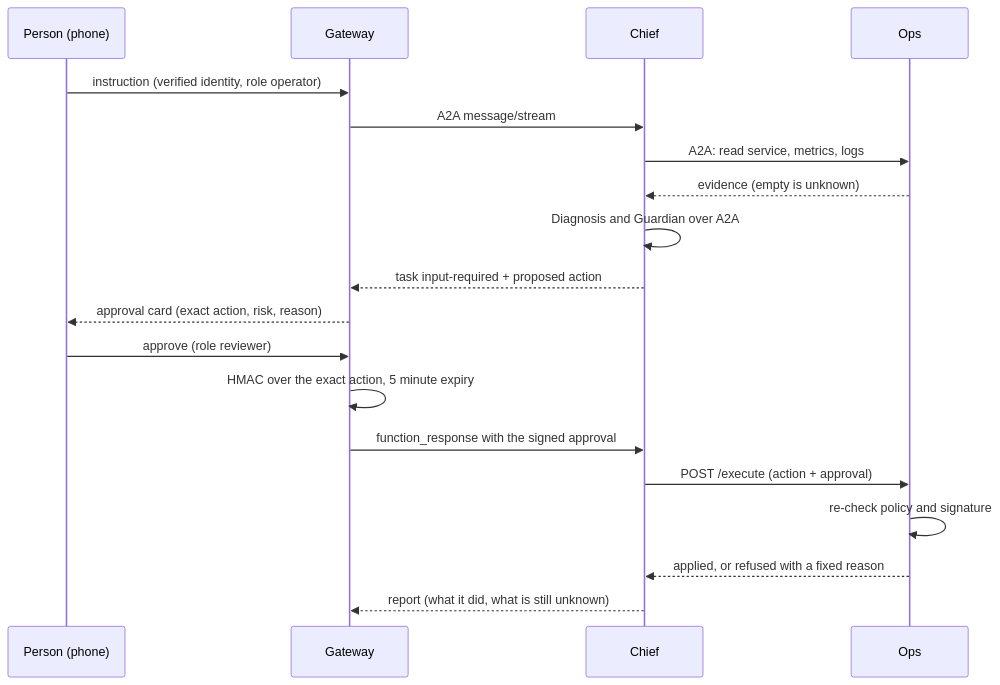
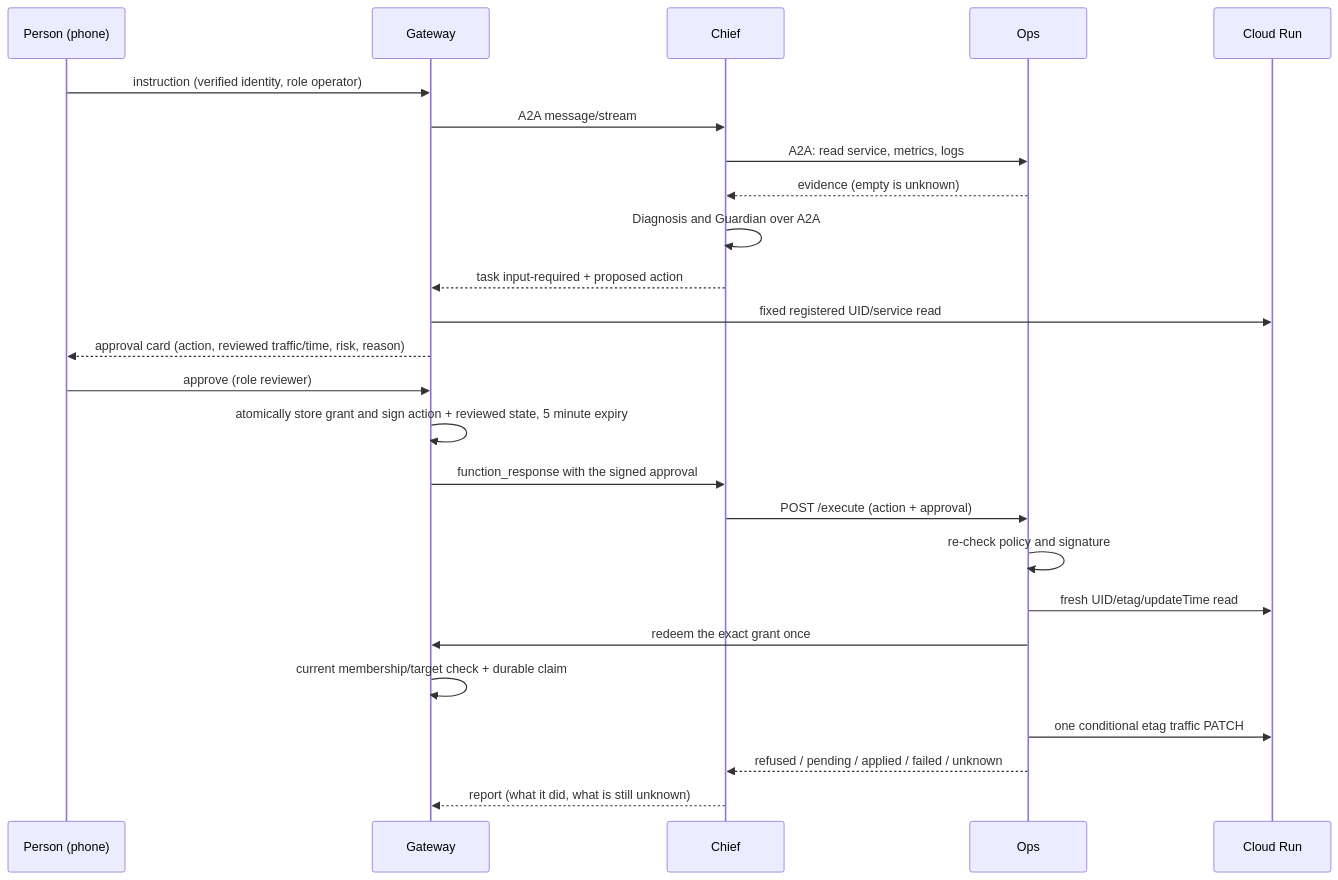
Before and after one commit to men16922/ai-builder-cup: the diagram in docs/ARCHITECTURE.md, drawn with Mermaid. The commit also changed other lines of this file and 202 other files, not shown here.

````diff
--- a/docs/ARCHITECTURE.md
+++ b/docs/ARCHITECTURE.md
@@ -23,21 +25,27 @@
 ```mermaid
 sequenceDiagram
     participant P as Person (phone)
     participant G as Gateway
     participant C as Chief
     participant O as Ops
+    participant R as Cloud Run
     P->>G: instruction (verified identity, role operator)
     G->>C: A2A message/stream
     C->>O: A2A: read service, metrics, logs
     O-->>C: evidence (empty is unknown)
     C->>C: Diagnosis and Guardian over A2A
     C-->>G: task input-required + proposed action
-    G-->>P: approval card (exact action, risk, reason)
+    G->>R: fixed registered UID/service read
+    G-->>P: approval card (action, reviewed traffic/time, risk, reason)
     P->>G: approve (role reviewer)
-    G->>G: HMAC over the exact action, 5 minute expiry
+    G->>G: atomically store grant and sign action + reviewed state, 5 minute expiry
     G->>C: function_response with the signed approval
     C->>O: POST /execute (action + approval)
     O->>O: re-check policy and signature
-    O-->>C: applied, or refused with a fixed reason
+    O->>R: fresh UID/etag/updateTime read
+    O->>G: redeem the exact grant once
+    G->>G: current membership/target check + durable claim
+    O->>R: one conditional etag traffic PATCH
+    O-->>C: refused / pending / applied / failed / unknown
     C-->>G: report (what it did, what is still unknown)
 ```
````
